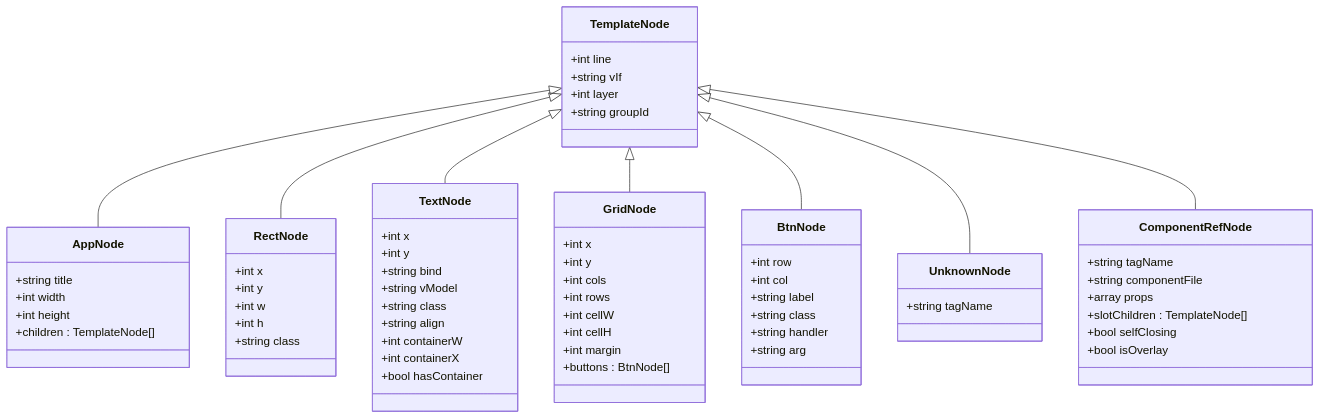
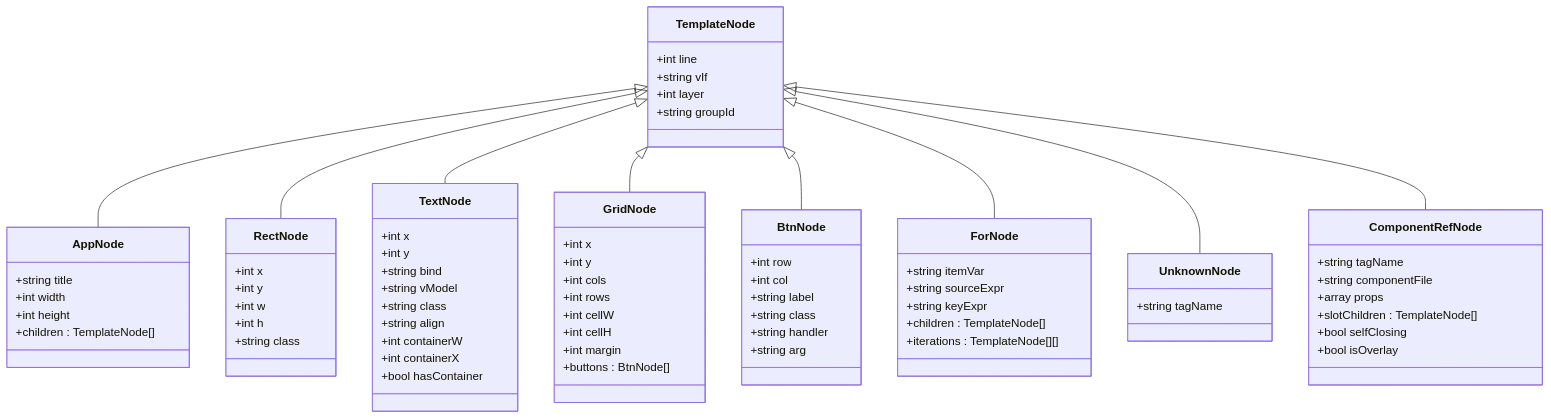
Before and after one commit to xingye00186/PUI: the fourth of 11 diagrams in .qoder/repowiki/zh/content/核心架构设计/编译器架构.md, drawn with Mermaid. The commit also changed other lines of this file and 10 other files, not shown here.

````diff
--- a/.qoder/repowiki/zh/content/核心架构设计/编译器架构.md
+++ b/.qoder/repowiki/zh/content/核心架构设计/编译器架构.md
@@ -185,69 +203,77 @@
 ```mermaid
 classDiagram
 class TemplateNode {
 +int line
 +string vIf
 +int layer
 +string groupId
 }
 class AppNode {
 +string title
 +int width
 +int height
 +children : TemplateNode[]
 }
 class RectNode {
 +int x
 +int y
 +int w
 +int h
 +string class
 }
 class TextNode {
 +int x
 +int y
 +string bind
 +string vModel
 +string class
 +string align
 +int containerW
 +int containerX
 +bool hasContainer
 }
 class GridNode {
 +int x
 +int y
 +int cols
 +int rows
 +int cellW
 +int cellH
 +int margin
 +buttons : BtnNode[]
 }
 class BtnNode {
 +int row
 +int col
 +string label
 +string class
 +string handler
 +string arg
 }
+class ForNode {
++string itemVar
++string sourceExpr
++string keyExpr
++children : TemplateNode[]
++iterations : TemplateNode[][]
+}
 class UnknownNode {
 +string tagName
 }
 class ComponentRefNode {
 +string tagName
 +string componentFile
 +array props
 +slotChildren : TemplateNode[]
 +bool selfClosing
 +bool isOverlay
 }
 TemplateNode <|-- AppNode
 TemplateNode <|-- RectNode
 TemplateNode <|-- TextNode
 TemplateNode <|-- GridNode
 TemplateNode <|-- BtnNode
+TemplateNode <|-- ForNode
 TemplateNode <|-- UnknownNode
 TemplateNode <|-- ComponentRefNode
 ```
````
